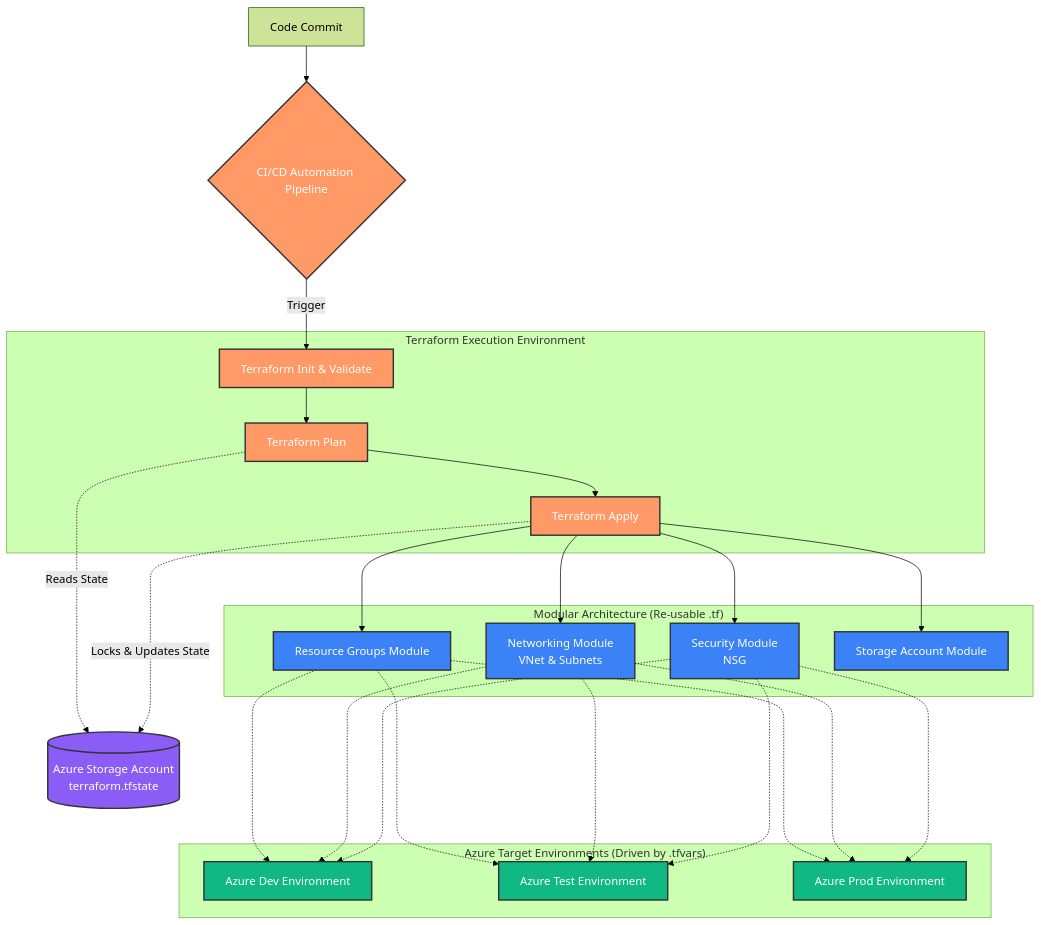
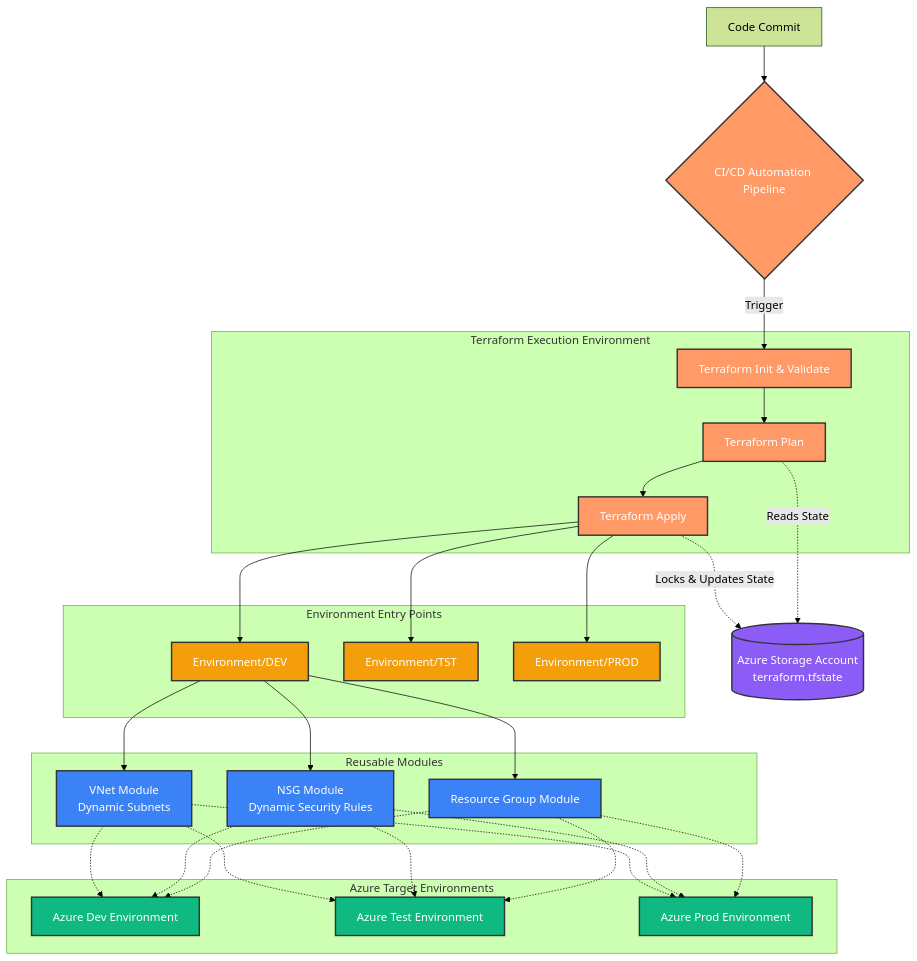
Before and after one commit to asishkashyap/terraform_Modules_2026: the diagram in README.md, drawn with Mermaid (forest theme). The commit also changed other lines of this file and 2 other files, not shown here.

Commit message:
modules integration

````diff
--- a/README.md
+++ b/README.md
@@ -38,51 +55,63 @@
 ```mermaid
 flowchart TD
     %% Define Styles
     classDef pipeline fill:#f96,stroke:#333,stroke-width:2px,color:#fff;
     classDef tfmodule fill:#3b82f6,stroke:#333,stroke-width:2px,color:#fff;
     classDef azureEnv fill:#10b981,stroke:#333,stroke-width:2px,color:#fff;
     classDef backend fill:#8b5cf6,stroke:#333,stroke-width:2px,color:#fff;
+    classDef entrypoint fill:#f59e0b,stroke:#333,stroke-width:2px,color:#fff;
 
     %% CI/CD Flow
     GitCommit[Code Commit] --> CI_CD{CI/CD Automation Pipeline}
     CI_CD -->|Trigger| TF_Init[Terraform Init & Validate]
 
     subgraph "Terraform Execution Environment"
         TF_Init --> TF_Plan[Terraform Plan]
         TF_Plan --> TF_Apply[Terraform Apply]
     end
 
     %% Remote State Management
     Backend[(Azure Storage Account <br/> terraform.tfstate)]
-    TF_Plan -..->|Reads State| Backend
-    TF_Apply -..->|Locks & Updates State| Backend
+    TF_Plan -.->|Reads State| Backend
+    TF_Apply -.->|Locks & Updates State| Backend
+
+    %% Environment Entry Points
+    subgraph "Environment Entry Points"
+        TF_Apply --> DEV_Entry[Environment/DEV]
+        TF_Apply --> TST_Entry[Environment/TST]
+        TF_Apply --> PROD_Entry[Environment/PROD]
+    end
 
     %% Terraform Modules
-    subgraph "Modular Architecture (Re-usable .tf)"
-        TF_Apply --> Core_RG[Resource Groups Module]
-        TF_Apply --> Core_Net[Networking Module <br/> VNet & Subnets]
-        TF_Apply --> Core_Sec[Security Module <br/> NSG]
-        TF_Apply --> Core_SA[Storage Account Module]
+    subgraph "Reusable Modules"
+        Core_RG[Resource Group Module]
+        Core_NSG[NSG Module <br/> Dynamic Security Rules]
+        Core_VNet[VNet Module <br/> Dynamic Subnets]
     end
 
+    DEV_Entry --> Core_RG
+    DEV_Entry --> Core_NSG
+    DEV_Entry --> Core_VNet
+
     %% Environments
-    subgraph "Azure Target Environments (Driven by .tfvars)"
-        Core_RG -..-> Dev_Env[Azure Dev Environment]
-        Core_Net -..-> Dev_Env
-        Core_Sec -..-> Dev_Env
+    subgraph "Azure Target Environments"
+        Core_RG -.-> Dev_Env[Azure Dev Environment]
+        Core_NSG -.-> Dev_Env
+        Core_VNet -.-> Dev_Env
 
-        Core_RG -..-> Test_Env[Azure Test Environment]
-        Core_Net -..-> Test_Env
-        Core_Sec -..-> Test_Env
+        Core_RG -.-> Test_Env[Azure Test Environment]
+        Core_NSG -.-> Test_Env
+        Core_VNet -.-> Test_Env
 
-        Core_RG -..-> Prod_Env[Azure Prod Environment]
-        Core_Net -..-> Prod_Env
-        Core_Sec -..-> Prod_Env
+        Core_RG -.-> Prod_Env[Azure Prod Environment]
+        Core_NSG -.-> Prod_Env
+        Core_VNet -.-> Prod_Env
     end
 
     %% Apply Styles
     class CI_CD,TF_Init,TF_Plan,TF_Apply pipeline;
     class Backend backend;
-    class Core_RG,Core_Net,Core_Sec,Core_SA tfmodule;
+    class Core_RG,Core_NSG,Core_VNet tfmodule;
     class Dev_Env,Test_Env,Prod_Env azureEnv;
+    class DEV_Entry,TST_Entry,PROD_Entry entrypoint;
 ```
````
